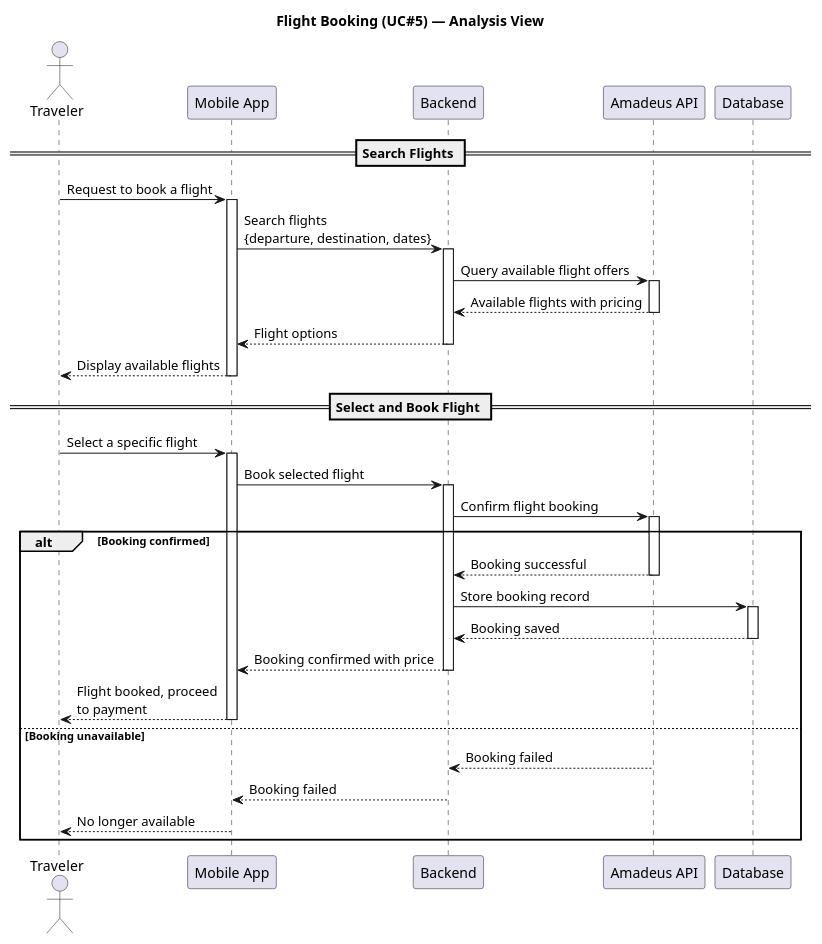
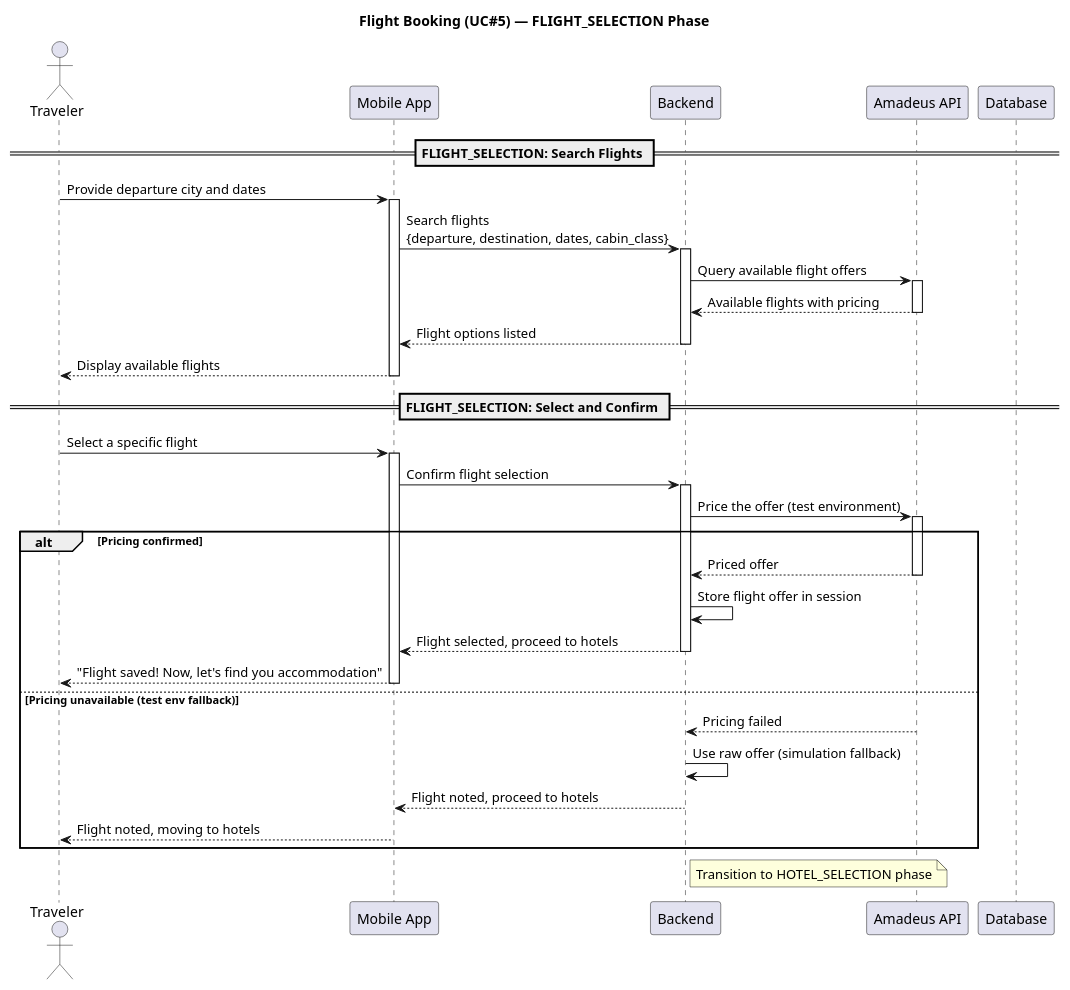
One commit to AbdelrahmanMostafa33/TourMate-AI changed the diagram in docs/Diagrams/sequence_flight_booking.puml. Above: the diagram before and after it, drawn with PlantUML. The commit also changed 50 other files, not shown here.

First line of the commit message:
docs: refresh diagrams and add app screenshots

```diff
--- a/docs/Diagrams/sequence_flight_booking.puml
+++ b/docs/Diagrams/sequence_flight_booking.puml
@@ -1,66 +1,65 @@
 @startuml Flight_Booking_Flow
-title Flight Booking (UC#5) — Analysis View
+title Flight Booking (UC#5) — FLIGHT_SELECTION Phase
 
 actor Traveler
 participant "Mobile App" as App
 participant "Backend" as Backend
 participant "Amadeus API" as Amadeus
 participant "Database" as DB
 
-== Search Flights ==
+== FLIGHT_SELECTION: Search Flights ==
 
-Traveler -> App: Request to book a flight
+Traveler -> App: Provide departure city and dates
 activate App
 
-App -> Backend: Search flights\n{departure, destination, dates}
+App -> Backend: Search flights\n{departure, destination, dates, cabin_class}
 activate Backend
 
 Backend -> Amadeus: Query available flight offers
 activate Amadeus
 Amadeus --> Backend: Available flights with pricing
 deactivate Amadeus
 
-Backend --> App: Flight options
+Backend --> App: Flight options listed
 deactivate Backend
 
 App --> Traveler: Display available flights
 deactivate App
 
-== Select and Book Flight ==
+== FLIGHT_SELECTION: Select and Confirm ==
 
 Traveler -> App: Select a specific flight
 activate App
 
-App -> Backend: Book selected flight
+App -> Backend: Confirm flight selection
 activate Backend
 
-Backend -> Amadeus: Confirm flight booking
+Backend -> Amadeus: Price the offer (test environment)
 activate Amadeus
 
-alt Booking confirmed
-  Amadeus --> Backend: Booking successful
+alt Pricing confirmed
+  Amadeus --> Backend: Priced offer
   deactivate Amadeus
 
-  Backend -> DB: Store booking record
-  activate DB
-  DB --> Backend: Booking saved
-  deactivate DB
-
-  Backend --> App: Booking confirmed with price
+  Backend -> Backend: Store flight offer in session
+  Backend --> App: Flight selected, proceed to hotels
   deactivate Backend
 
-  App --> Traveler: Flight booked, proceed\nto payment
+  App --> Traveler: "Flight saved! Now, let's find you accommodation"
   deactivate App
 
-else Booking unavailable
-  Amadeus --> Backend: Booking failed
+else Pricing unavailable (test env fallback)
+  Amadeus --> Backend: Pricing failed
   deactivate Amadeus
 
-  Backend --> App: Booking failed
+  Backend -> Backend: Use raw offer (simulation fallback)
+  Backend --> App: Flight noted, proceed to hotels
   deactivate Backend
 
-  App --> Traveler: No longer available
+  App --> Traveler: Flight noted, moving to hotels
   deactivate App
 end
 
+Note right of Backend: Transition to HOTEL_SELECTION phase
+
 @enduml
```
